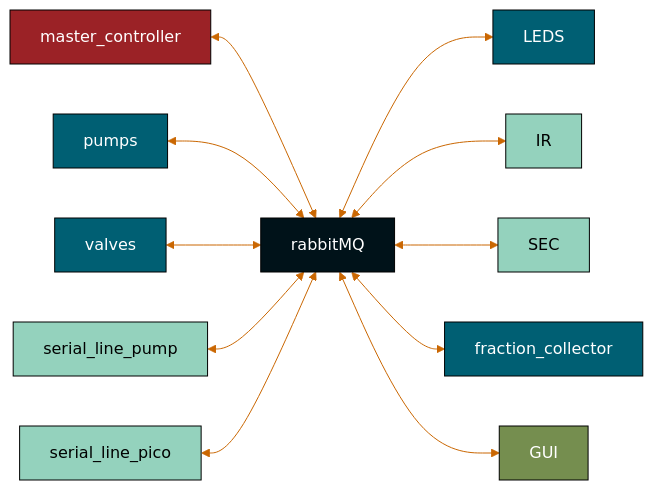
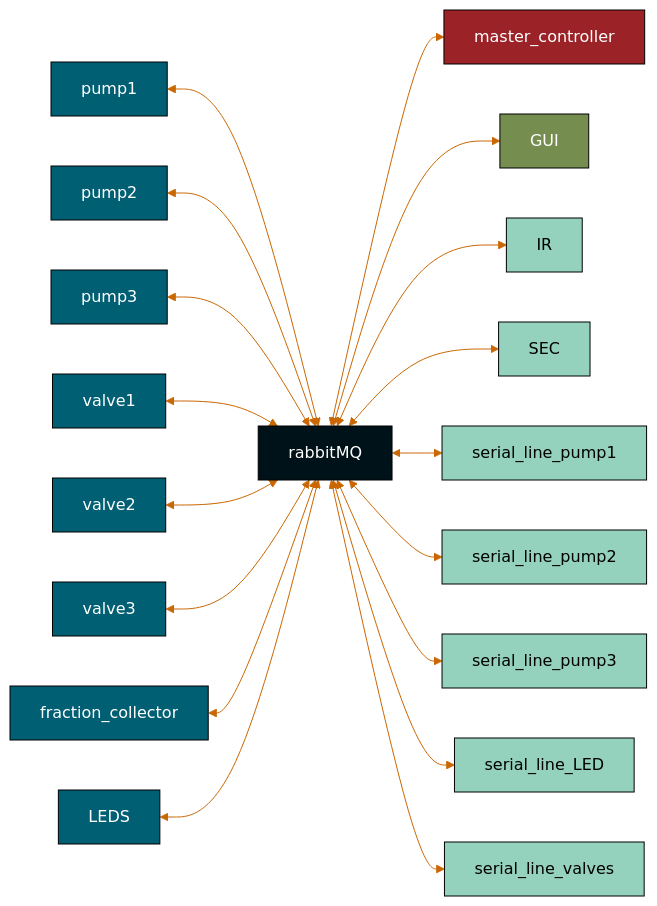
The third of 6 diagrams in runs/simple_setup/README.md (dylanwal/ChemBot), drawn with Mermaid before and after one commit. The commit also changed other lines of this file and 5 other files, not shown here.

Commit message:
update diagrams

````diff
--- a/runs/simple_setup/README.md
+++ b/runs/simple_setup/README.md
@@ -178,36 +177,45 @@
 ```mermaid
 %%{
     init: {
     'theme':'base',
     'themeVariables': {
         'background': '#404e4d',
         'fontFamily': 'arial',
         'primaryColor': '#005f73',
         'primaryTextColor': '#ffffff',
         'primaryBorderColor': '#000000',
         'lineColor': '#ca6702',
         'tertiaryColor': '#fdf0d5',
         'tertiaryTextColor': '#000000'
     }
     }
 }%%
 flowchart LR
 
     rabbitMQ:::rabbit    
-    master_controller:::error <--> rabbitMQ
-    pumps <--> rabbitMQ
-    valves <--> rabbitMQ
-    serial_line_pump:::output <--> rabbitMQ
-    serial_line_pico:::output <--> rabbitMQ
-    rabbitMQ <--> LEDS
+    
+    pump1 <--> rabbitMQ
+    pump2 <--> rabbitMQ
+    pump3 <--> rabbitMQ
+    valve1 <--> rabbitMQ
+    valve2 <--> rabbitMQ
+    valve3 <--> rabbitMQ
+    fraction_collector <--> rabbitMQ
+    LEDS <--> rabbitMQ
+
+    rabbitMQ <--> master_controller:::error 
+    rabbitMQ <--> GUI:::GUI
     rabbitMQ <--> IR:::output
     rabbitMQ <--> SEC:::output
-    rabbitMQ <--> fraction_collector
-    rabbitMQ <--> GUI:::GUI
+    rabbitMQ <--> serial_line_pump1:::output
+    rabbitMQ <--> serial_line_pump2:::output 
+    rabbitMQ <--> serial_line_pump3:::output 
+    rabbitMQ <--> serial_line_LED:::output 
+    rabbitMQ <--> serial_line_valves:::output 
     
     classDef rabbit fill:#001219
     classDef chem fill:#758E4F
     classDef GUI fill:#758E4F
     classDef error fill:#9b2226
     classDef output fill:#94d2bd,color:#000000
 ```
````
